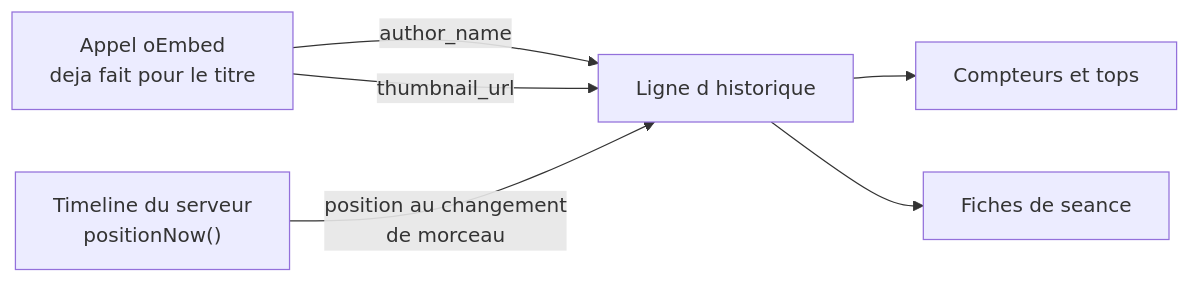
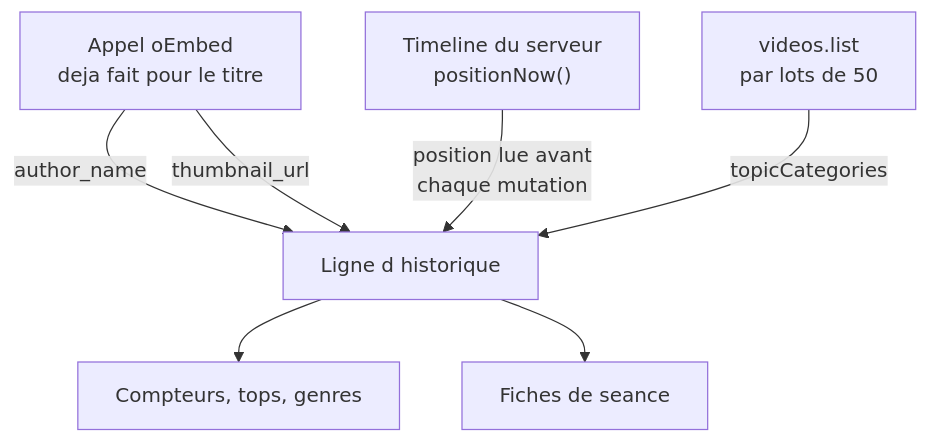
One commit to LeopoldTH/SyncMusic changed the first of 4 diagrams in docs/plans/2026-09-05-1531-feat-memoire-des-ecoutes-plan.md. Above: the diagram before and after it, drawn with Mermaid. The commit also changed other lines of this file, not shown here.

````diff
--- a/docs/plans/2026-09-05-1531-feat-memoire-des-ecoutes-plan.md
+++ b/docs/plans/2026-09-05-1531-feat-memoire-des-ecoutes-plan.md
@@ -72,8 +82,9 @@
 ```mermaid
-flowchart LR
+flowchart TB
   A["Appel oEmbed<br/>deja fait pour le titre"] -->|"author_name"| H["Ligne d historique"]
   A -->|"thumbnail_url"| H
-  B["Timeline du serveur<br/>positionNow()"] -->|"position au changement<br/>de morceau"| H
-  H --> C["Compteurs et tops"]
+  B["Timeline du serveur<br/>positionNow()"] -->|"position lue avant<br/>chaque mutation"| H
+  V["videos.list<br/>par lots de 50"] -->|"topicCategories"| H
+  H --> C["Compteurs, tops, genres"]
   H --> D["Fiches de seance"]
 ```
````
